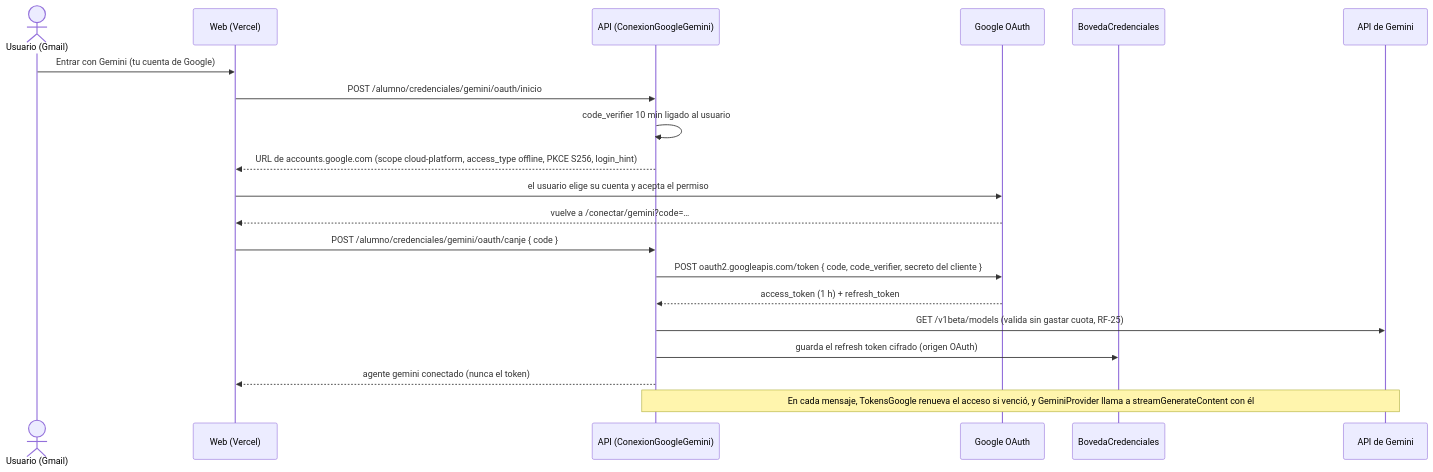
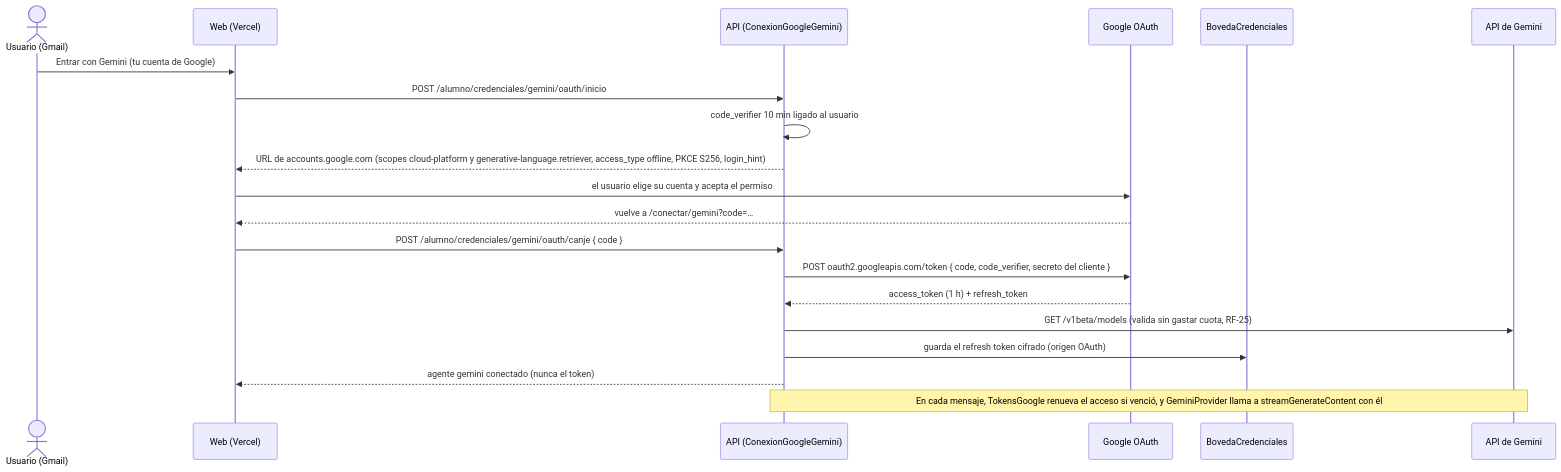
Diagram 11 of 11 in specs/SDD-Plataforma-Evaluacion-PreClase.md (hideakiuchida/TutorPre), drawn with Mermaid before and after one commit. The commit also changed other lines of this file and 6 other files, not shown here.

First line of the commit message:
Gemini: pedir también el permiso generative-language.retriever

````diff
--- a/specs/SDD-Plataforma-Evaluacion-PreClase.md
+++ b/specs/SDD-Plataforma-Evaluacion-PreClase.md
@@ -842,23 +842,23 @@
 ```mermaid
 sequenceDiagram
     actor U as Usuario (Gmail)
     participant W as Web (Vercel)
     participant A as API (ConexionGoogleGemini)
     participant G as Google OAuth
     participant B as BovedaCredenciales
     participant M as API de Gemini
 
     U->>W: Entrar con Gemini (tu cuenta de Google)
     W->>A: POST /alumno/credenciales/gemini/oauth/inicio
     A->>A: code_verifier 10 min ligado al usuario
-    A-->>W: URL de accounts.google.com (scope cloud-platform, access_type offline, PKCE S256, login_hint)
+    A-->>W: URL de accounts.google.com (scopes cloud-platform y generative-language.retriever, access_type offline, PKCE S256, login_hint)
     W->>G: el usuario elige su cuenta y acepta el permiso
     G-->>W: vuelve a /conectar/gemini?code=…
     W->>A: POST /alumno/credenciales/gemini/oauth/canje { code }
     A->>G: POST oauth2.googleapis.com/token { code, code_verifier, secreto del cliente }
     G-->>A: access_token (1 h) + refresh_token
     A->>M: GET /v1beta/models (valida sin gastar cuota, RF-25)
     A->>B: guarda el refresh token cifrado (origen OAuth)
     A-->>W: agente gemini conectado (nunca el token)
     Note over A,M: En cada mensaje, TokensGoogle renueva el acceso si venció, y GeminiProvider llama a streamGenerateContent con él
 ```
````
